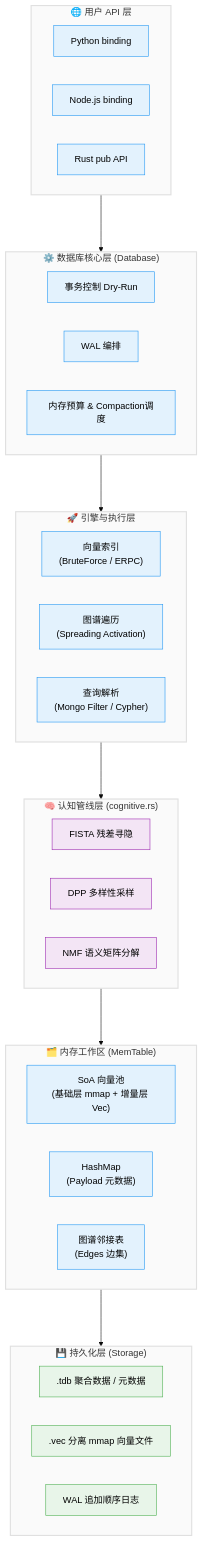
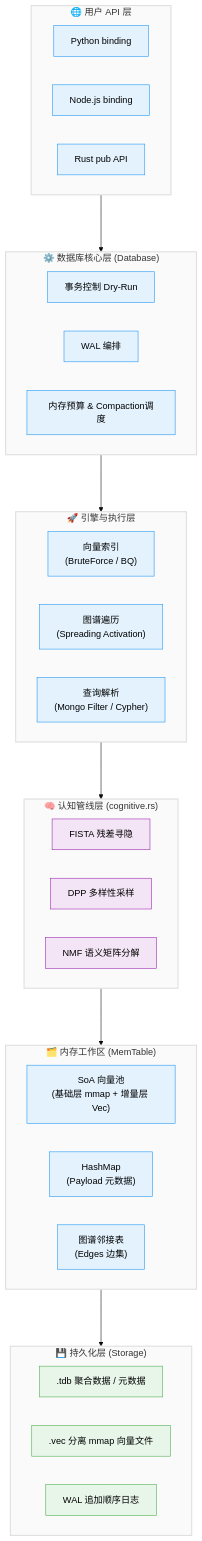
The diagram in docs/features.md (JiaY-77/TriviumDB), drawn with Mermaid (base theme) before and after one commit. The commit also changed other lines of this file and 25 other files, not shown here.

Commit message:
版本更新: 优化BQ落盘与暴露Node.js图谱边结构

````diff
--- a/docs/features.md
+++ b/docs/features.md
@@ -27,61 +27,61 @@
 ```mermaid
 flowchart TD
     classDef layer fill:#fafafa,stroke:#e0e0e0,stroke-width:2px,color:#333;
     classDef module fill:#e3f2fd,stroke:#2196f3,stroke-width:1px,color:#000;
     classDef math fill:#f3e5f5,stroke:#9c27b0,stroke-width:1px,color:#000;
     classDef storage fill:#e8f5e9,stroke:#4caf50,stroke-width:1px,color:#000;
 
     subgraph Layer1 ["🌐 用户 API 层"]
         direction LR
         API1[Python binding]:::module
         API2[Node.js binding]:::module
         API3[Rust pub API]:::module
     end
     Layer1:::layer
 
     subgraph Layer2 ["⚙️ 数据库核心层 (Database)"]
         direction LR
         C1[事务控制 Dry-Run]:::module
         C2[WAL 编排]:::module
         C3[内存预算 & Compaction调度]:::module
     end
     Layer2:::layer
 
     subgraph Layer3 ["🚀 引擎与执行层"]
         direction LR
-        E1["向量索引\n(BruteForce / ERPC)"]:::module
+        E1["向量索引\n(BruteForce / BQ)"]:::module
         E2["图谱遍历\n(Spreading Activation)"]:::module
         E3["查询解析\n(Mongo Filter / Cypher)"]:::module
     end
     Layer3:::layer
 
     subgraph Layer4 ["🧠 认知管线层 (cognitive.rs)"]
         direction LR
         M1[FISTA 残差寻隐]:::math
         M2[DPP 多样性采样]:::math
         M3[NMF 语义矩阵分解]:::math
     end
     Layer4:::layer
 
     subgraph Layer5 ["🗂️ 内存工作区 (MemTable)"]
         direction LR
         M_VEC["SoA 向量池\n(基础层 mmap + 增量层 Vec)"]:::module
         M_PAY["HashMap\n(Payload 元数据)"]:::module
         M_EDGE["图谱邻接表\n(Edges 边集)"]:::module
     end
     Layer5:::layer
 
     subgraph Layer6 ["💾 持久化层 (Storage)"]
         direction LR
         S1[".tdb 聚合数据 / 元数据"]:::storage
         S2[".vec 分离 mmap 向量文件"]:::storage
         S3["WAL 追加顺序日志"]:::storage
     end
     Layer6:::layer
 
     Layer1 ---> Layer2
     Layer2 ---> Layer3
     Layer3 ---> Layer4
     Layer4 ---> Layer5
     Layer5 ---> Layer6
 ```
````
